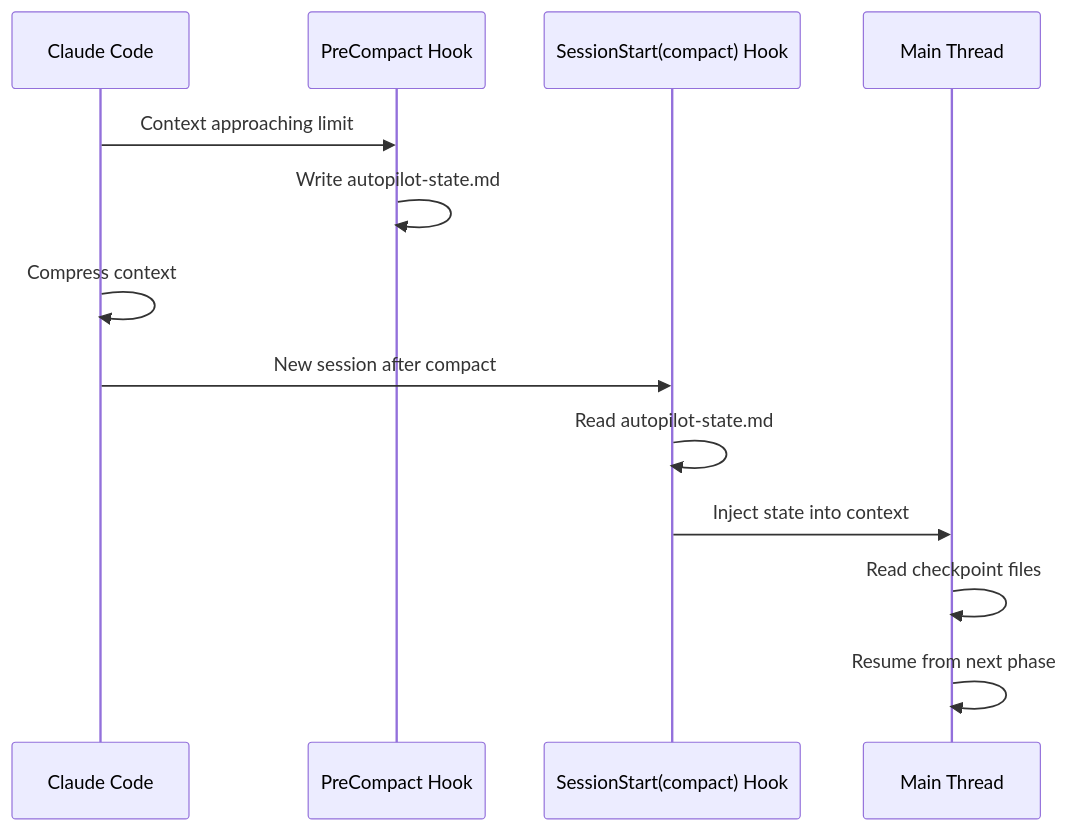
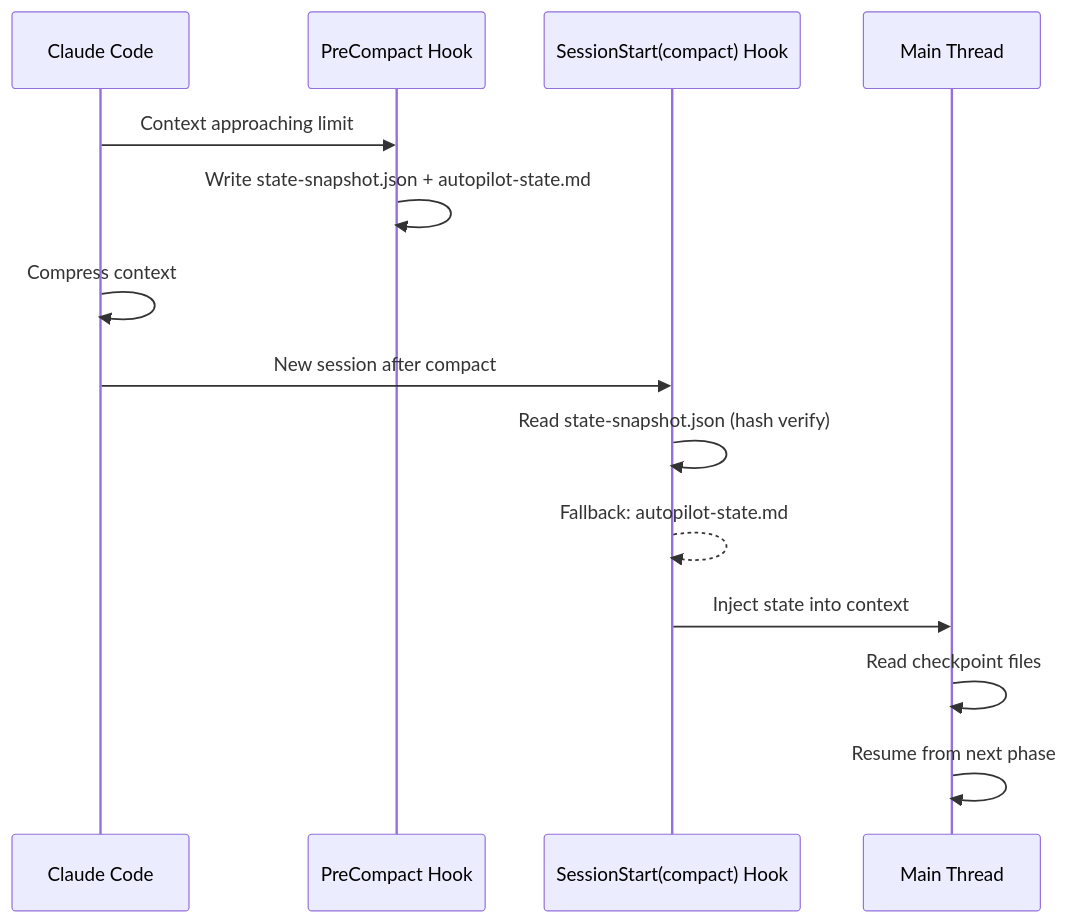
The fourth of 4 diagrams in plugins/spec-autopilot/README.md (lorainwings/claude-autopilot), drawn with Mermaid before and after one commit. The commit also changed other lines of this file and 116 other files, not shown here.

````diff
--- a/plugins/spec-autopilot/README.md
+++ b/plugins/spec-autopilot/README.md
@@ -129,16 +129,17 @@
 ```mermaid
 sequenceDiagram
     participant CC as Claude Code
     participant Pre as PreCompact Hook
     participant Post as SessionStart(compact) Hook
     participant Main as Main Thread
 
     CC->>Pre: Context approaching limit
-    Pre->>Pre: Write autopilot-state.md
+    Pre->>Pre: Write state-snapshot.json + autopilot-state.md
     CC->>CC: Compress context
     CC->>Post: New session after compact
-    Post->>Post: Read autopilot-state.md
+    Post->>Post: Read state-snapshot.json (hash verify)
+    Post-->>Post: Fallback: autopilot-state.md
     Post->>Main: Inject state into context
     Main->>Main: Read checkpoint files
     Main->>Main: Resume from next phase
 ```
````
